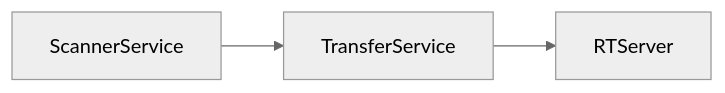
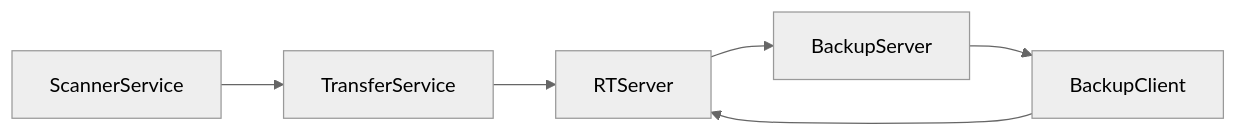
One commit to sync-different/alt-core-docs changed the first of 2 diagrams in Mainflow.md. Above: the diagram before and after it, drawn with Mermaid (neutral theme).

````diff
--- a/Mainflow.md
+++ b/Mainflow.md
@@ -17,5 +17,8 @@
 ```mermaid
 flowchart LR
     ScannerService --> TransferService 
     TransferService --> RTServer
+    RTServer --> BackupServer
+    BackupServer --> BackupClient
+    BackupClient --> RTServer
 ```
````
